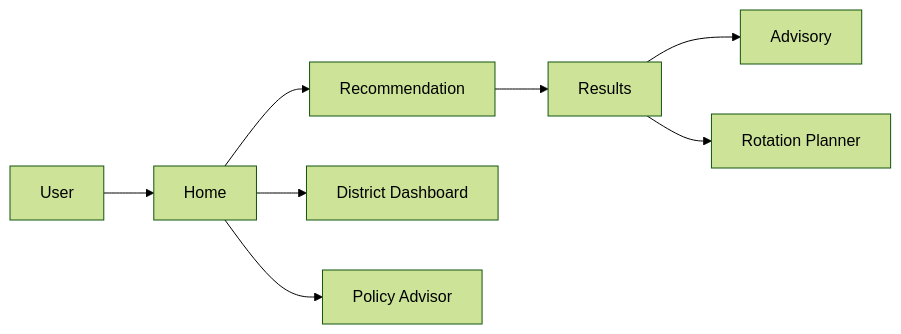
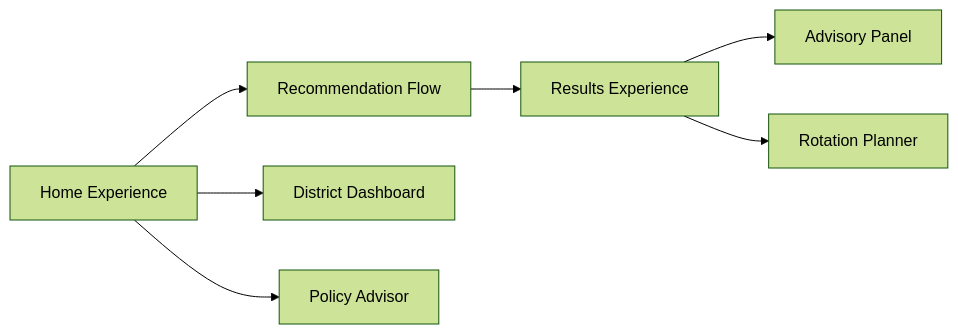
Before and after one commit to SAMxENGINEER/ALL_DOCUMENTATIONS-: the first of 2 diagrams in docs/Projects/FasalMitra/01-platform-overview.md, drawn with Mermaid (forest theme). The commit also changed other lines of this file and 4 other files, not shown here.

Commit message:
refactor: enhance FasalMitra documentation with detailed user journeys, service contracts, and architectural insights

````diff
--- a/docs/Projects/FasalMitra/01-platform-overview.md
+++ b/docs/Projects/FasalMitra/01-platform-overview.md
@@ -26,10 +45,9 @@
 ```mermaid
 graph LR
-    U[User] --> H[Home]
-    H --> R[Recommendation]
-    R --> RS[Results]
-    RS --> A[Advisory]
+    H[Home Experience] --> R[Recommendation Flow]
     H --> D[District Dashboard]
-    RS --> RP[Rotation Planner]
     H --> P[Policy Advisor]
+    R --> RS[Results Experience]
+    RS --> A[Advisory Panel]
+    RS --> ROT[Rotation Planner]
 ```
````
